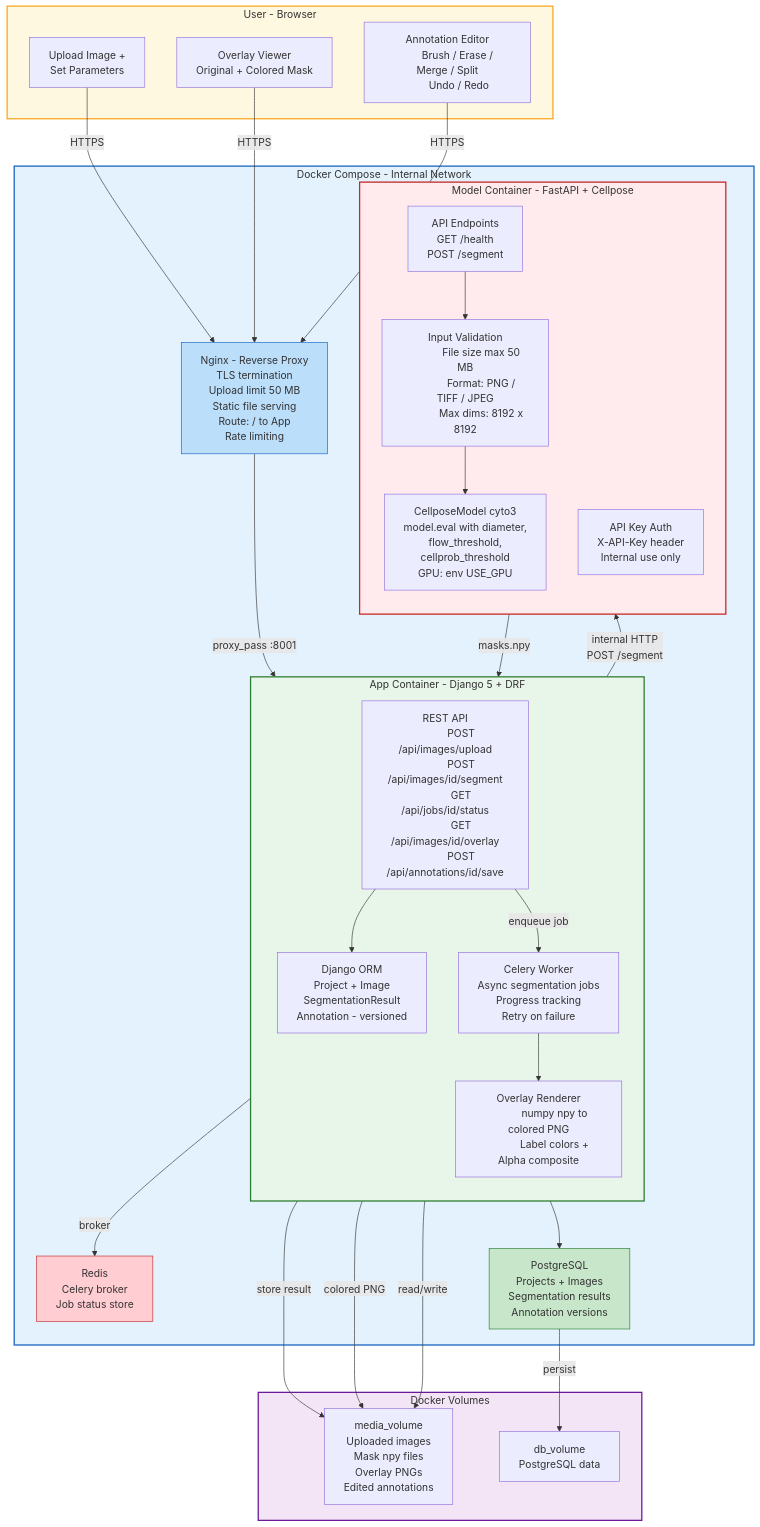
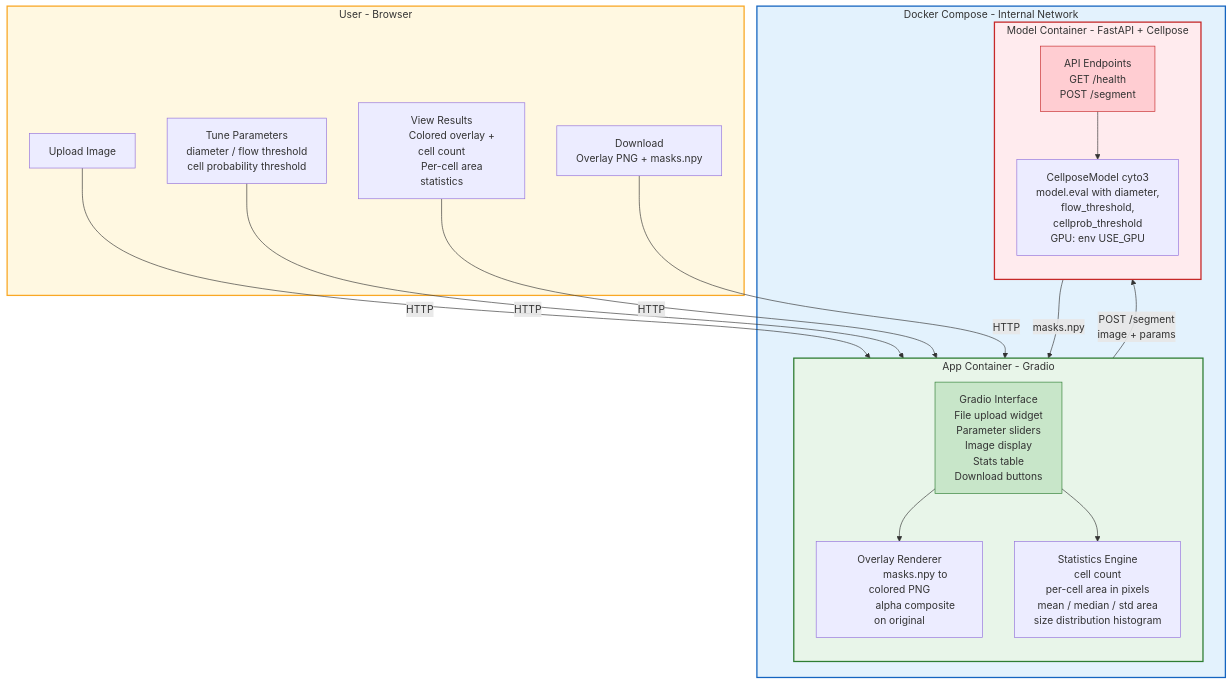
One commit to samo1279/cell_segmentation_platfoarm changed the first of 2 diagrams in improved_system_design.md. Above: the diagram before and after it, drawn with Mermaid. The commit also changed other lines of this file, not shown here.

````diff
--- a/improved_system_design.md
+++ b/improved_system_design.md
@@ -11,47 +13,40 @@
 ```mermaid
 graph TB
     subgraph User["User - Browser"]
-        Upload["Upload Image +
-        Set Parameters"]
-        Viewer["Overlay Viewer
-        Original + Colored Mask"]
-        Editor["Annotation Editor
-        Brush / Erase / Merge / Split
-        Undo / Redo"]
+        Upload["Upload Image"]
+        Params["Tune Parameters
+        diameter / flow threshold
+        cell probability threshold"]
+        Results["View Results
+        Colored overlay + cell count
+        Per-cell area statistics"]
+        Download["Download
+        Overlay PNG + masks.npy"]
     end
 
-    Upload -->|HTTPS| Nginx
-    Viewer -->|HTTPS| Nginx
-    Editor -->|HTTPS| Nginx
+    Upload -->|HTTP| GradioApp
+    Params -->|HTTP| GradioApp
+    Results -->|HTTP| GradioApp
+    Download -->|HTTP| GradioApp
 
     subgraph DockerNetwork["Docker Compose - Internal Network"]
 
-        Nginx["Nginx - Reverse Proxy
-        TLS termination
-        Upload limit 50 MB
-        Static file serving
-        Route: / to App
-        Rate limiting"]
-
-        subgraph AppContainer["App Container - Django 5 + DRF"]
+        subgraph AppContainer["App Container - Gradio"]
             direction TB
-            AppAPI["REST API
-            POST /api/images/upload
-            POST /api/images/id/segment
-            GET /api/jobs/id/status
-            GET /api/images/id/overlay
-            POST /api/annotations/id/save"]
-            OverlayEngine["Overlay Renderer
-            numpy npy to colored PNG
-            Label colors + Alpha composite"]
-            ORM["Django ORM
-            Project + Image
-            SegmentationResult
-            Annotation - versioned"]
-            CeleryWorker["Celery Worker
-            Async segmentation jobs
-            Progress tracking
-            Retry on failure"]
+            GradioApp["Gradio Interface
+            File upload widget
+            Parameter sliders
+            Image display
+            Stats table
+            Download buttons"]
+            Overlay["Overlay Renderer
+            masks.npy to colored PNG
+            alpha composite on original"]
+            Stats["Statistics Engine
+            cell count
+            per-cell area in pixels
+            mean / median / std area
+            size distribution histogram"]
         end
 
         subgraph ModelContainer["Model Container - FastAPI + Cellpose"]
@@ -59,62 +54,25 @@
             ModelAPI["API Endpoints
             GET /health
             POST /segment"]
-            Validation["Input Validation
-            File size max 50 MB
-            Format: PNG / TIFF / JPEG
-            Max dims: 8192 x 8192"]
             Cellpose["CellposeModel cyto3
             model.eval with diameter,
             flow_threshold,
             cellprob_threshold
             GPU: env USE_GPU"]
-            ModelAuth["API Key Auth
-            X-API-Key header
-            Internal use only"]
         end
-
-        Redis["Redis
-        Celery broker
-        Job status store"]
-
-        DB["PostgreSQL
-        Projects + Images
-        Segmentation results
-        Annotation versions"]
     end
 
-    subgraph Storage["Docker Volumes"]
-        MediaVol["media_volume
-        Uploaded images
-        Mask npy files
-        Overlay PNGs
-        Edited annotations"]
-        DBVol["db_volume
-        PostgreSQL data"]
-    end
-
-    Nginx -->|proxy_pass :8001| AppAPI
-    AppAPI --> ORM
-    ORM --> DB
-    AppAPI -->|enqueue job| CeleryWorker
-    CeleryWorker -->|broker| Redis
-    CeleryWorker -->|internal HTTP
-    POST /segment| ModelAPI
-    ModelAPI --> Validation
-    Validation --> Cellpose
-    Cellpose -->|masks.npy| CeleryWorker
-    CeleryWorker -->|store result| MediaVol
-    CeleryWorker --> OverlayEngine
-    OverlayEngine -->|colored PNG| MediaVol
-    AppAPI -->|read/write| MediaVol
-    DB -->|persist| DBVol
+    GradioApp -->|POST /segment
+    image + params| ModelAPI
+    ModelAPI --> Cellpose
+    Cellpose -->|masks.npy| GradioApp
+    GradioApp --> Overlay
+    GradioApp --> Stats
 
     style User fill:#FFF8E1,stroke:#F9A825,stroke-width:2px
     style DockerNetwork fill:#E3F2FD,stroke:#1565C0,stroke-width:2px
     style AppContainer fill:#E8F5E9,stroke:#2E7D32,stroke-width:2px
     style ModelContainer fill:#FFEBEE,stroke:#C62828,stroke-width:2px
-    style Storage fill:#F3E5F5,stroke:#6A1B9A,stroke-width:2px
-    style Nginx fill:#BBDEFB,stroke:#1565C0
-    style Redis fill:#FFCDD2,stroke:#C62828
-    style DB fill:#C8E6C9,stroke:#2E7D32
+    style GradioApp fill:#C8E6C9,stroke:#2E7D32
+    style ModelAPI fill:#FFCDD2,stroke:#C62828
 ```
````
